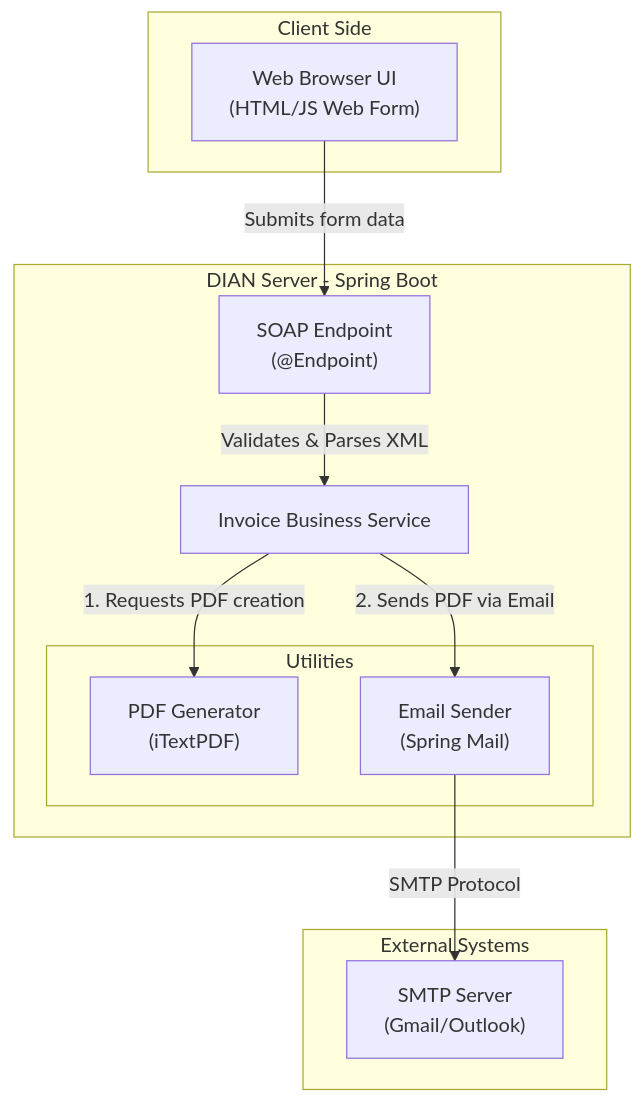
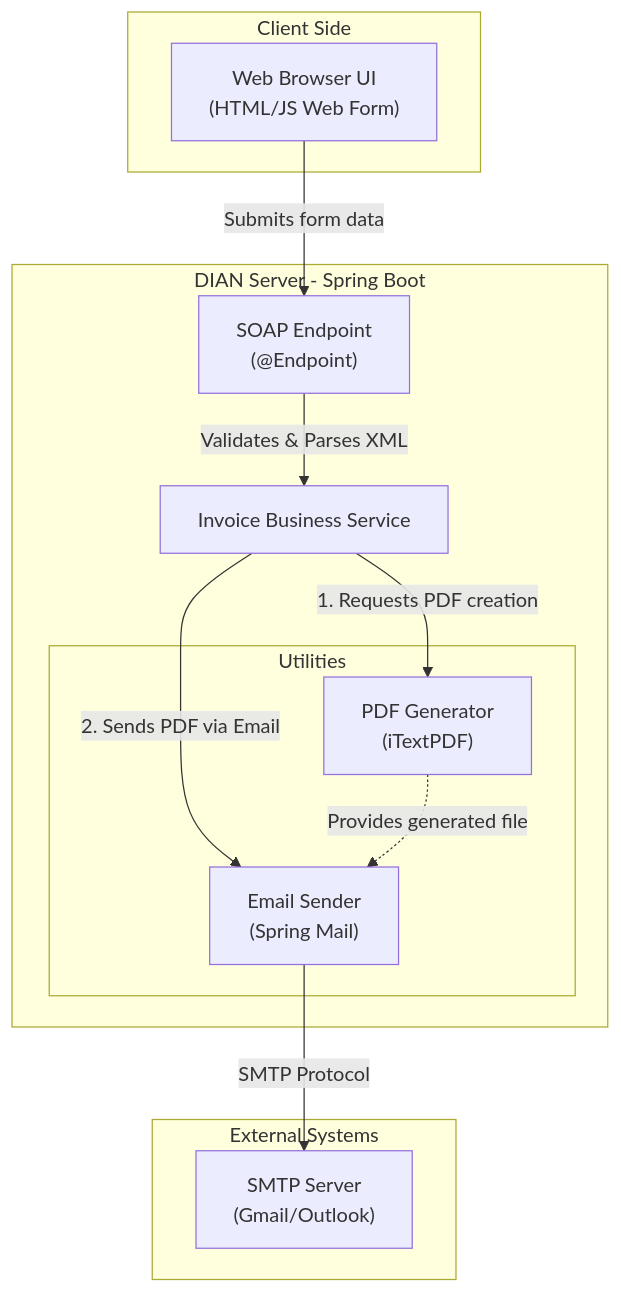
The diagram in diagrams/system_components_architecture.md (monxvoll/SOAP-einvoice-system), drawn with Mermaid before and after one commit.

Commit message:
docs: add relationship between PDF and Mail in architecture diagram

````diff
--- a/diagrams/system_components_architecture.md
+++ b/diagrams/system_components_architecture.md
@@ -7,30 +7,31 @@
 ```mermaid
 graph TD
     %% Client Side
     subgraph Client [Client Side]
         UI["Web Browser UI<br/>(HTML/JS Web Form)"]
     end
 
     %% Server Side
     subgraph Server [DIAN Server - Spring Boot]
         SOAP_EP["SOAP Endpoint<br/>(@Endpoint)"]
         Service["Invoice Business Service"]
         
         subgraph Utilities [Utilities]
             PDF["PDF Generator<br/>(iTextPDF)"]
             Mail["Email Sender<br/>(Spring Mail)"]
         end
     end
 
     %% External Systems
     subgraph External [External Systems]
         SMTP["SMTP Server<br/>(Gmail/Outlook)"]
     end
 
     %% Relationships
     UI -- "Submits form data" --> SOAP_EP
     SOAP_EP -- "Validates & Parses XML" --> Service
     Service -- "1. Requests PDF creation" --> PDF
     Service -- "2. Sends PDF via Email" --> Mail
+    PDF -. "Provides generated file" .-> Mail
     Mail -- "SMTP Protocol" --> SMTP
 ```
````
